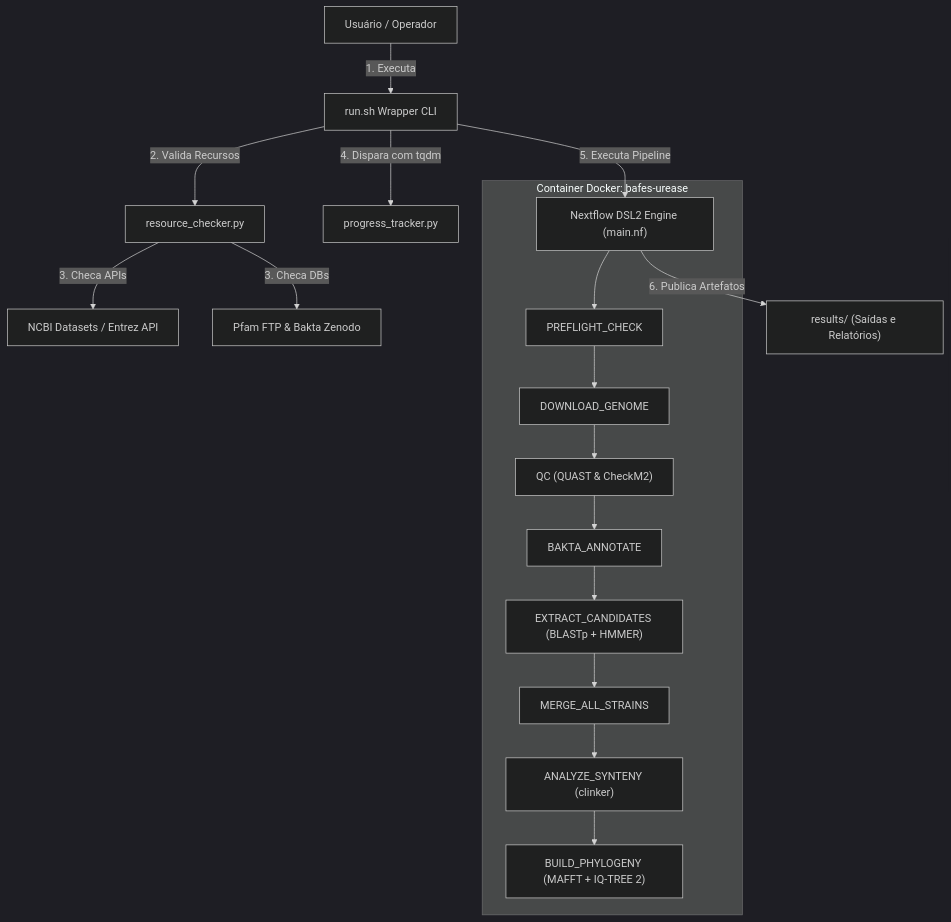
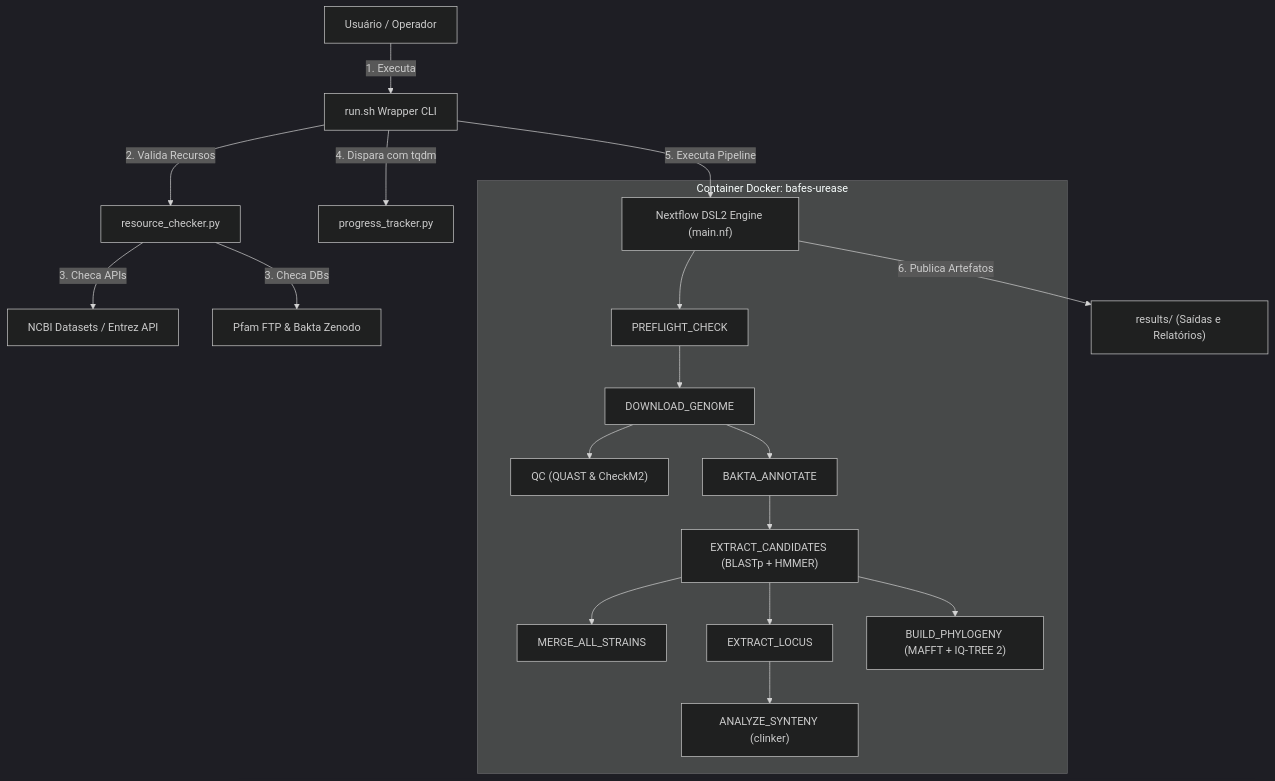
Before and after one commit to waldeyr/bafes-urease: the first of 2 diagrams in README.md, drawn with Mermaid (dark theme). The commit also changed other lines of this file and 9 other files, not shown here.

````diff
--- a/README.md
+++ b/README.md
@@ -127,23 +128,24 @@
 ```mermaid
 graph TD
     User["Usuário / Operador"] -->|1. Executa| RunWrapper["run.sh Wrapper CLI"]
     RunWrapper -->|2. Valida Recursos| ResourceChecker["resource_checker.py"]
     ResourceChecker -->|3. Checa APIs| NCBI_API["NCBI Datasets / Entrez API"]
     ResourceChecker -->|3. Checa DBs| ExternalDBs["Pfam FTP & Bakta Zenodo"]
     
     RunWrapper -->|4. Dispara com tqdm| ProgressTracker["progress_tracker.py"]
     RunWrapper -->|5. Executa Pipeline| NextflowEngine["Nextflow DSL2 Engine (main.nf)"]
     
     subgraph Container_bafes_urease ["Container Docker: bafes-urease"]
         NextflowEngine --> P0["PREFLIGHT_CHECK"]
         P0 --> P1["DOWNLOAD_GENOME"]
         P1 --> P2["QC (QUAST & CheckM2)"]
-        P2 --> P3["BAKTA_ANNOTATE"]
+        P1 --> P3["BAKTA_ANNOTATE"]
         P3 --> P4["EXTRACT_CANDIDATES (BLASTp + HMMER)"]
         P4 --> P5["MERGE_ALL_STRAINS"]
-        P5 --> P6["ANALYZE_SYNTENY (clinker)"]
-        P6 --> P7["BUILD_PHYLOGENY (MAFFT + IQ-TREE 2)"]
+        P4 --> P6["EXTRACT_LOCUS"]
+        P6 --> P7["ANALYZE_SYNTENY (clinker)"]
+        P4 --> P8["BUILD_PHYLOGENY (MAFFT + IQ-TREE 2)"]
     end
 
     NextflowEngine -->|6. Publica Artefatos| ResultsFolder["results/ (Saídas e Relatórios)"]
 ```
````
